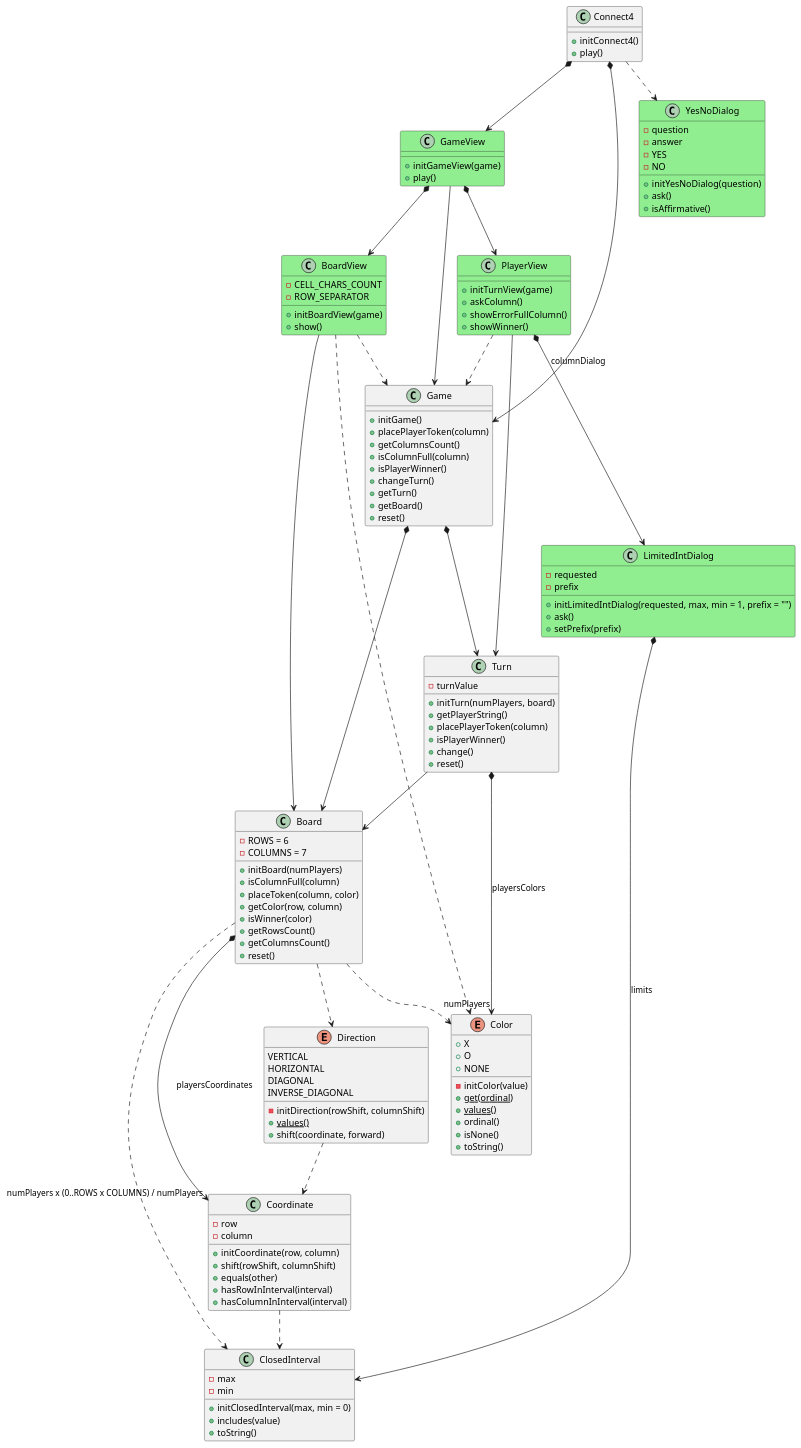
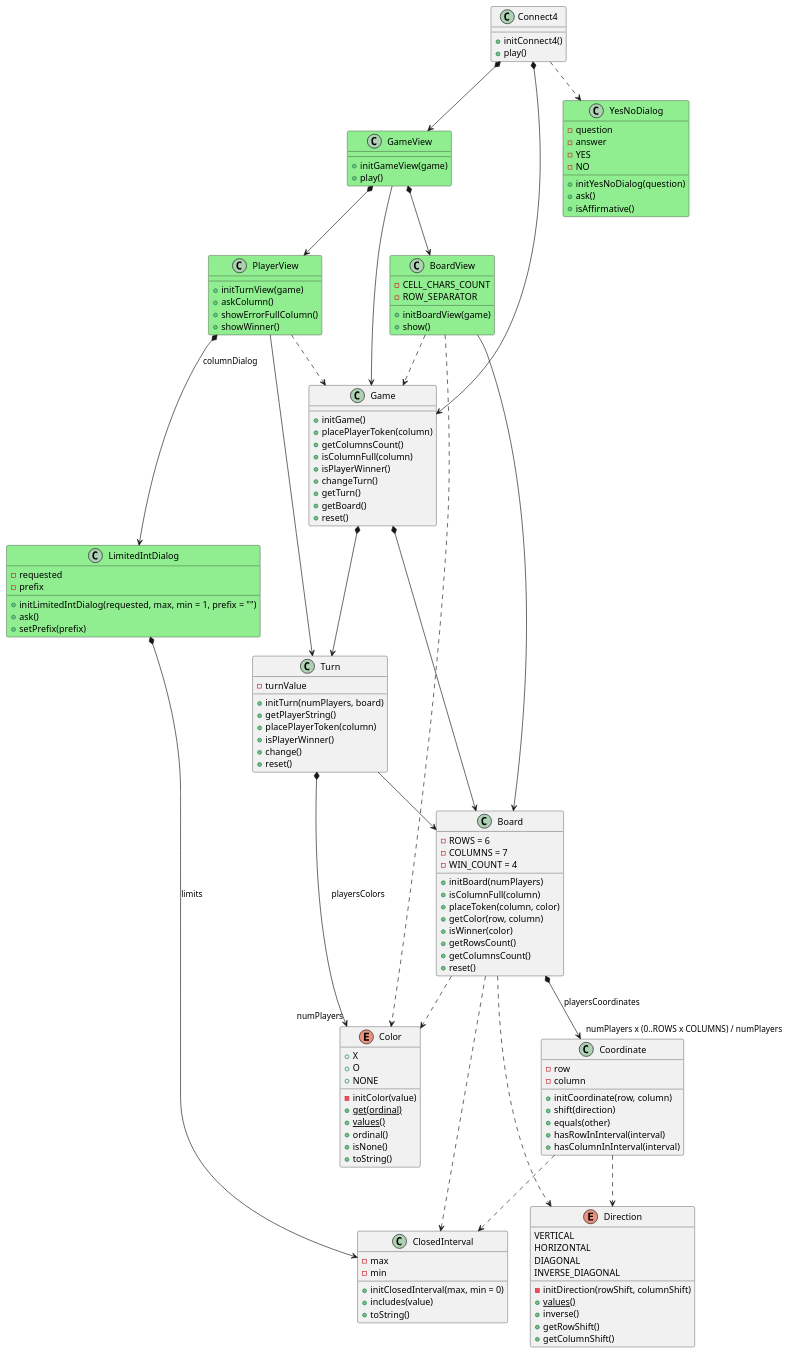
One commit to PabloMartinFluvia/myGame-connect4 changed the diagram in docs/dev-resume/src/analysis.plantuml. Above: the diagram before and after it, drawn with PlantUML. The commit also changed 3 other files, not shown here.

```diff
--- a/docs/dev-resume/src/analysis.plantuml
+++ b/docs/dev-resume/src/analysis.plantuml
@@ -1,156 +1,160 @@
 @startuml analysis
 
 class Connect4 {
 
     + initConnect4()
     + play()
 }
 Connect4 *--> Game
 Connect4 *--> GameView
 Connect4 ..> YesNoDialog
 
 class YesNoDialog #LightGreen {  
     - question
     - answer   
     - YES
     - NO
 
     + initYesNoDialog(question)
     + ask()
     + isAffirmative()
 }
 
 class GameView #LightGreen {
     + initGameView(game)
     + play()
 }
 GameView --> Game
 GameView *--> PlayerView
 GameView *--> BoardView
 
 class Game {     
 
     + initGame()
     + placePlayerToken(column)
     + getColumnsCount()
     + isColumnFull(column)
     + isPlayerWinner()    
     + changeTurn()
     + getTurn()
     + getBoard()
     + reset()
 }
 Game *--> Turn
 Game *--> Board
 
 class PlayerView #LightGreen {
     + initTurnView(game)
     + askColumn()
     + showErrorFullColumn()
     + showWinner()
 }
 PlayerView --> Turn
 PlayerView ..> Game
 PlayerView *--> LimitedIntDialog : columnDialog
 
 class Turn {
     - turnValue
 
     + initTurn(numPlayers, board)  
     + getPlayerString()      
     + placePlayerToken(column)        
     + isPlayerWinner()
     + change()   
     + reset() 
 }
 Turn *--> "numPlayers" Color : playersColors
 Turn --> Board
 
 class BoardView #LightGreen {
     - CELL_CHARS_COUNT
     - ROW_SEPARATOR
 
     + initBoardView(game)
     + show()
 }
 BoardView --> Board
 BoardView ..> Color
 BoardView ..> Game
 
 class Board {
     - ROWS = 6
     - COLUMNS = 7
+    - WIN_COUNT = 4
     
     + initBoard(numPlayers)
     + isColumnFull(column)
     + placeToken(column, color)
     + getColor(row, column)
     + isWinner(color)    
     + getRowsCount()
     + getColumnsCount()
     + reset()
 }
 Board *--> "numPlayers x (0..ROWS x COLUMNS) / numPlayers" Coordinate : playersCoordinates
 Board ..> ClosedInterval
 Board ..> Direction
 Board ..> Color
 
 class Coordinate {
     - row
     - column 
 
     + initCoordinate(row, column)
-    + shift(rowShift, columnShift)
+    + shift(direction)
     + equals(other)   
     + hasRowInInterval(interval)
     + hasColumnInInterval(interval)
 }
+Coordinate ..> Direction
 Coordinate ..> ClosedInterval
 
 class ClosedInterval {
     - max
     - min
 
     + initClosedInterval(max, min = 0)
     + includes(value)
     + toString()
 }
 
 enum Direction {
     VERTICAL
     HORIZONTAL
     DIAGONAL
     INVERSE_DIAGONAL
 
     - initDirection(rowShift, columnShift)
     + {static} values()
-    + shift(coordinate, forward)
+    + inverse()
+    + getRowShift()
+    + getColumnShift()
 }
-Direction ..> Coordinate
+
 
 enum Color {
     + X
     + O   
     + NONE 
 
     - initColor(value)
     + {static} get(ordinal) 
     + {static} values()  
     + ordinal()
     + isNone()
     + toString()
 }
 
 
 
 class LimitedIntDialog #LightGreen {
     - requested
     - prefix
     
     + initLimitedIntDialog(requested, max, min = 1, prefix = "") 
     + ask()
     + setPrefix(prefix)
 }
 LimitedIntDialog *--> ClosedInterval : limits
 
 @enduml
```
